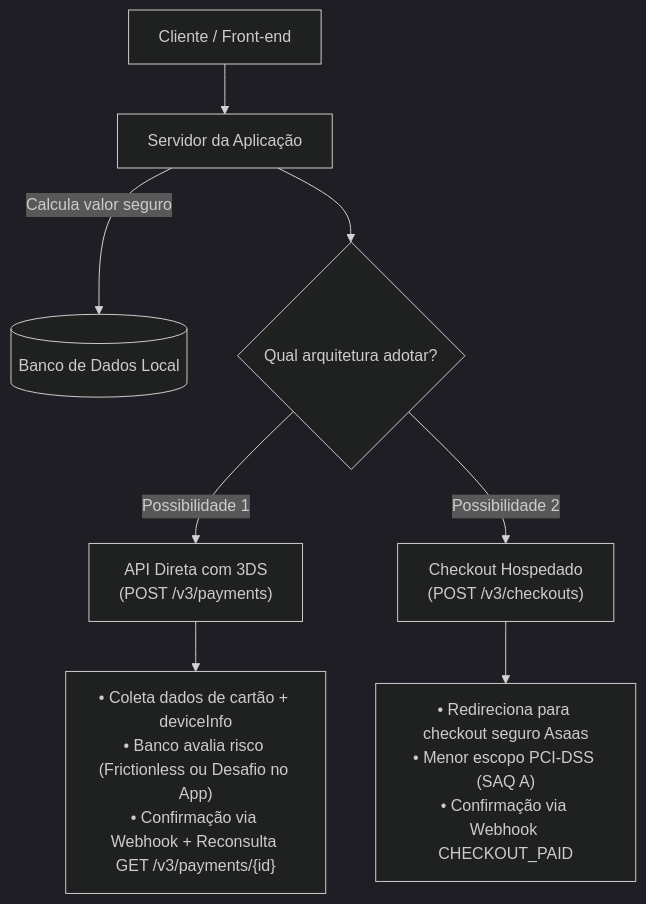
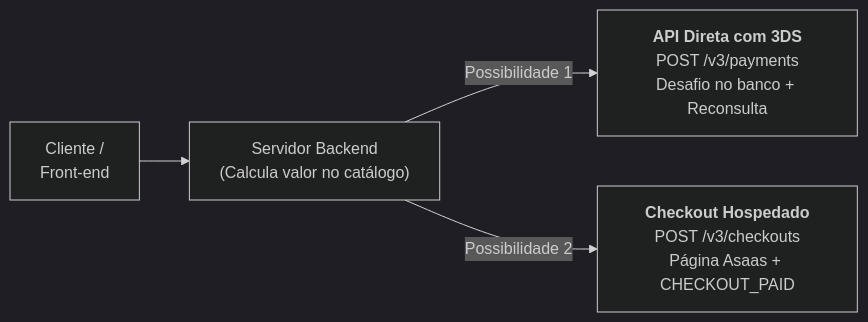
The first of 5 diagrams in apresentacao_solucao_asaas.md (vitorszvr/asaas-exx), drawn with Mermaid (dark theme) before and after one commit. The commit also changed other lines of this file and 9 other files, not shown here.

Commit message:
fix: alinha apresentacao e exemplo de integracao com a doc oficial do Asaas

````diff
--- a/apresentacao_solucao_asaas.md
+++ b/apresentacao_solucao_asaas.md
@@ -38,15 +38,6 @@
 ```mermaid
-flowchart TD
-    Cliente[Cliente / Front-end] --> Backend[Servidor da Aplicação]
-    Backend -->|Calcula valor seguro| DB[(Banco de Dados Local)]
-
-    Backend --> Decisao{Qual arquitetura adotar?}
-
-    %% Possibilidade 1
-    Decisao -->|Possibilidade 1| API3DS["API Direta com 3DS<br/>(POST /v3/payments)"]
-    API3DS --> 3DSFlow["• Coleta dados de cartão + deviceInfo<br/>• Banco avalia risco (Frictionless ou Desafio no App)<br/>• Confirmação via Webhook + Reconsulta GET /v3/payments/{id}"]
-
-    %% Possibilidade 2
-    Decisao -->|Possibilidade 2| Hosted["Checkout Hospedado<br/>(POST /v3/checkouts)"]
-    Hosted --> HostFlow["• Redireciona para checkout seguro Asaas<br/>• Menor escopo PCI-DSS (SAQ A)<br/>• Confirmação via Webhook CHECKOUT_PAID"]
+flowchart LR
+    S3_Cli["Cliente /<br/>Front-end"] --> S3_Back["Servidor Backend<br/>(Calcula valor no catálogo)"]
+    S3_Back -->|Possibilidade 1| S3_P1["<b>API Direta com 3DS</b><br/>POST /v3/payments<br/>Desafio no banco + Reconsulta"]
+    S3_Back -->|Possibilidade 2| S3_P2["<b>Checkout Hospedado</b><br/>POST /v3/checkouts<br/>Página Asaas + CHECKOUT_PAID"]
 ```
````
